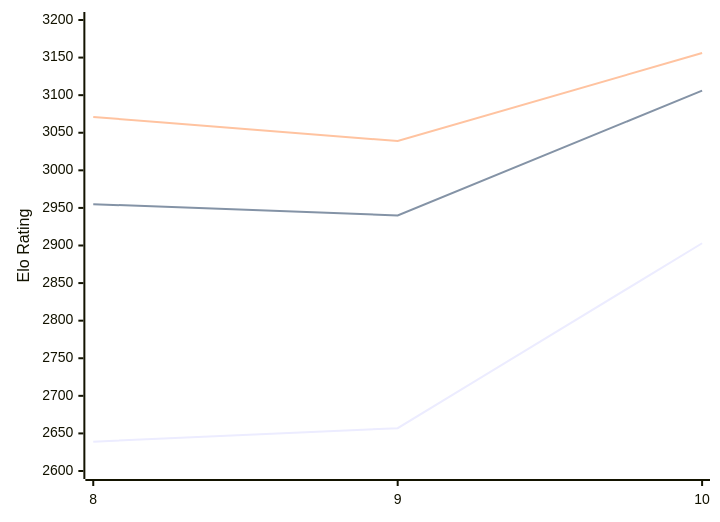
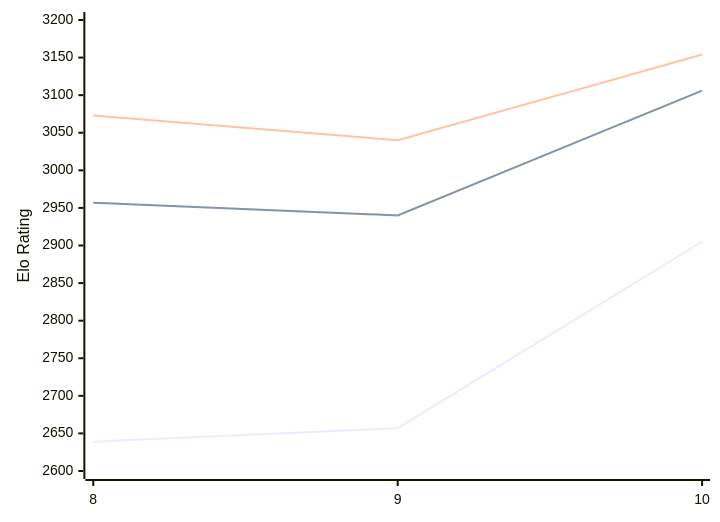
One commit to computer-chess-index/cci changed the diagram in engines/Lozza.md. Above: the diagram before and after it, drawn with Mermaid. The commit also changed other lines of this file, not shown here.

Commit message:
Update CCI Ratings (ELO VLTC) - 2026-02-13

````diff
--- a/engines/Lozza.md
+++ b/engines/Lozza.md
@@ -36,9 +36,9 @@
 ```mermaid
 %%{init: {"theme":"base","themeVariables":{"seriesColors:['#a3a3a3','#222221','#faa371']}}}%%
 xychart-beta
   x-axis ["8", "9", "10"]
   y-axis "Elo Rating" 2600 --> 3200
-  line "STC (8.0+0.08s)" [2639, 2657, 2903]
-  line "LTC (60.0+0.60s)" [2955, 2940, 3106]
-  line "VLTC (2m24s+1.12s)" [3071, 3039, 3156]
+  line "STC (8.0+0.08s)" [2639, 2657, 2905]
+  line "LTC (60.0+0.60s)" [2957, 2940, 3106]
+  line "VLTC (2m24s+1.12s)" [3073, 3040, 3154]
 ```
````
